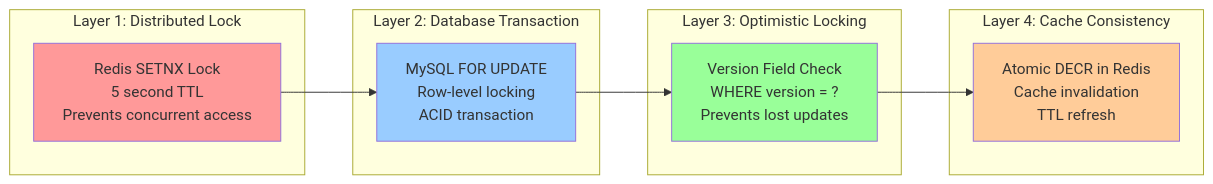
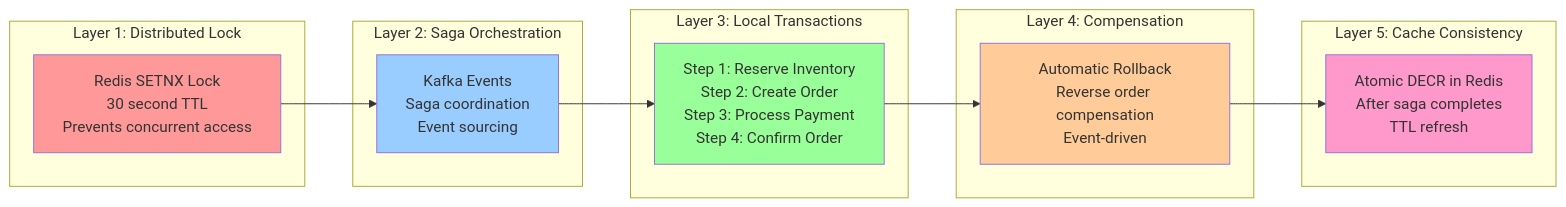
The fourth of 7 diagrams in architecture-diagram.md (thailt/ecomerce), drawn with Mermaid before and after one commit. The commit also changed other lines of this file and 4 other files, not shown here.

Commit message:
Implement Saga pattern + kafka

````diff
--- a/architecture-diagram.md
+++ b/architecture-diagram.md
@@ -135,27 +153,33 @@
 ```mermaid
 graph LR
     subgraph "Layer 1: Distributed Lock"
-        L1[Redis SETNX Lock<br/>5 second TTL<br/>Prevents concurrent access]
+        L1[Redis SETNX Lock<br/>30 second TTL<br/>Prevents concurrent access]
     end
     
-    subgraph "Layer 2: Database Transaction"
-        L2[MySQL FOR UPDATE<br/>Row-level locking<br/>ACID transaction]
+    subgraph "Layer 2: Saga Orchestration"
+        L2[Kafka Events<br/>Saga coordination<br/>Event sourcing]
     end
     
-    subgraph "Layer 3: Optimistic Locking"
-        L3[Version Field Check<br/>WHERE version = ?<br/>Prevents lost updates]
+    subgraph "Layer 3: Local Transactions"
+        L3[Step 1: Reserve Inventory<br/>Step 2: Create Order<br/>Step 3: Process Payment<br/>Step 4: Confirm Order]
     end
     
-    subgraph "Layer 4: Cache Consistency"
-        L4[Atomic DECR in Redis<br/>Cache invalidation<br/>TTL refresh]
+    subgraph "Layer 4: Compensation"
+        L4[Automatic Rollback<br/>Reverse order compensation<br/>Event-driven]
+    end
+    
+    subgraph "Layer 5: Cache Consistency"
+        L5[Atomic DECR in Redis<br/>After saga completes<br/>TTL refresh]
     end
     
     L1 --> L2
     L2 --> L3
     L3 --> L4
+    L4 --> L5
     
     style L1 fill:#ff9999
     style L2 fill:#99ccff
     style L3 fill:#99ff99
     style L4 fill:#ffcc99
+    style L5 fill:#ff99cc
 ```
````
